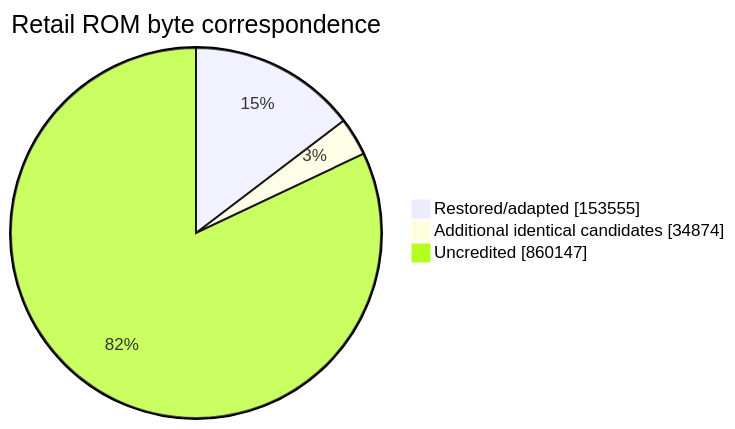
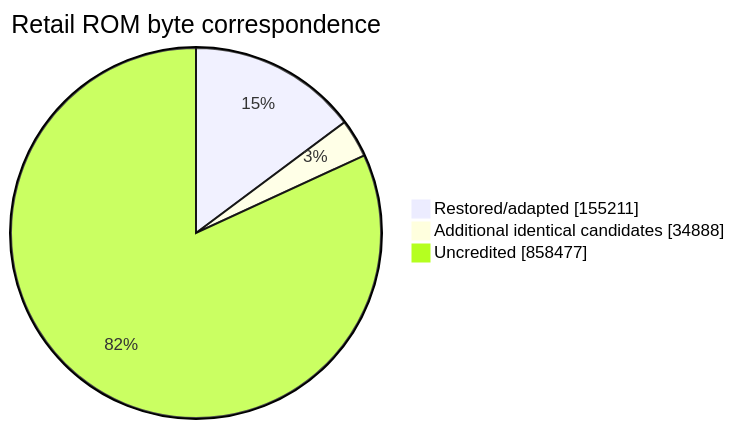
The second of 2 diagrams in readme.md (NachtRaveVL/stuntracefx), drawn with Mermaid before and after one commit. The commit also changed other lines of this file and 8 other files, not shown here.

````diff
--- a/readme.md
+++ b/readme.md
@@ -106,7 +106,7 @@
 ```mermaid
 pie showData
     title Retail ROM byte correspondence
-    "Restored/adapted" : 153555
-    "Additional identical candidates" : 34874
-    "Uncredited" : 860147
+    "Restored/adapted" : 155211
+    "Additional identical candidates" : 34888
+    "Uncredited" : 858477
 ```
````
